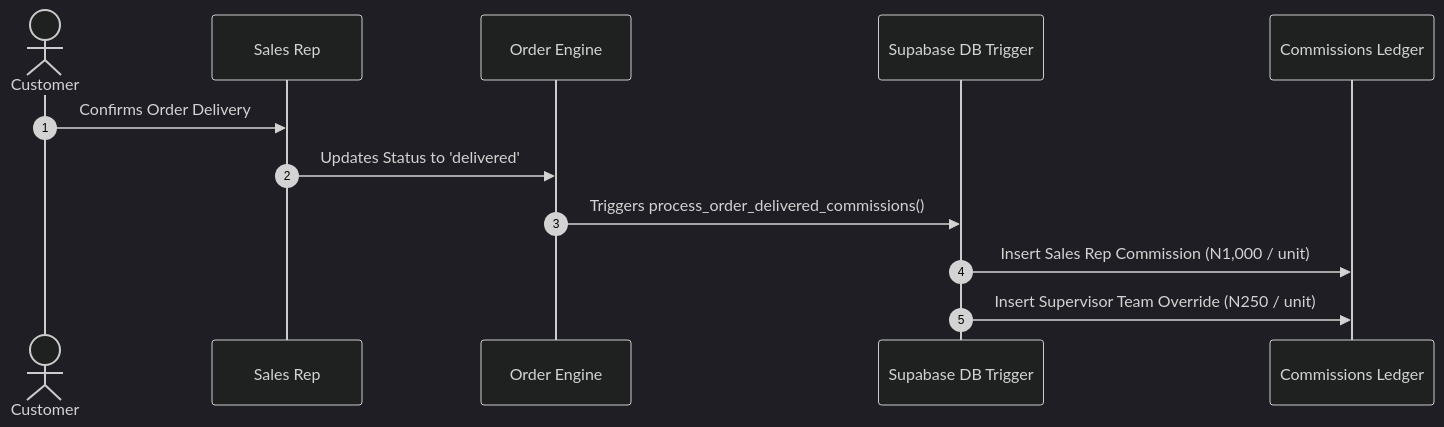
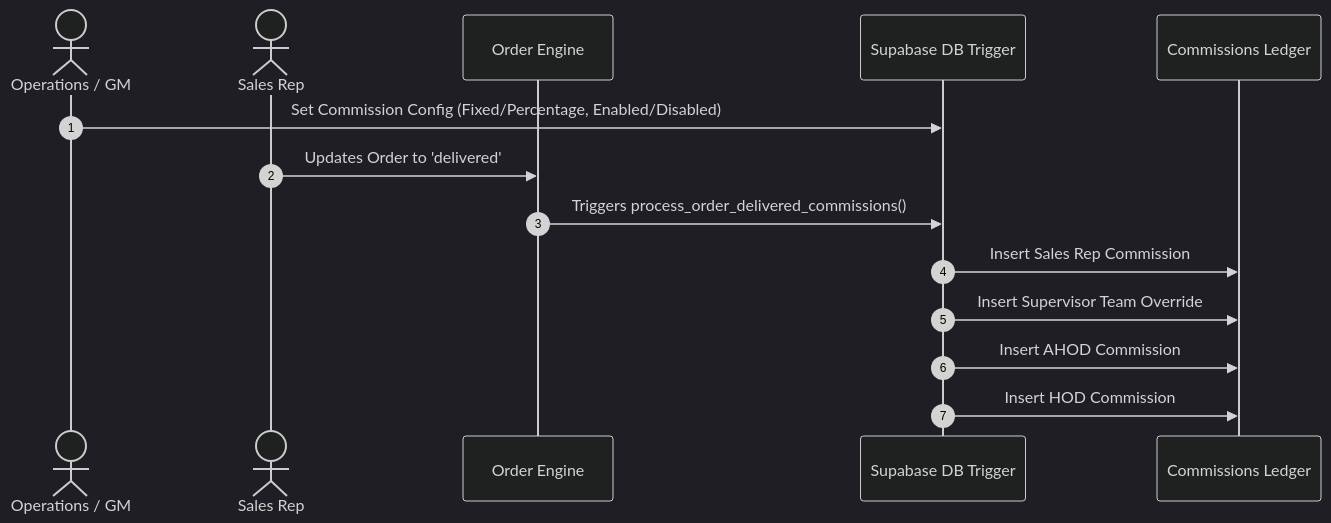
The second of 3 diagrams in Documentation/PROJECT_CONTEXT_HIGHLIGHTS.md (odufu/NovaSuit), drawn with Mermaid (dark theme) before and after one commit. The commit also changed other lines of this file and 1 other file, not shown here.

Commit message:
docs: update context handoff document with multi-tier commission engine and call rep financial isolation

````diff
--- a/Documentation/PROJECT_CONTEXT_HIGHLIGHTS.md
+++ b/Documentation/PROJECT_CONTEXT_HIGHLIGHTS.md
@@ -51,15 +58,17 @@
 ```mermaid
 sequenceDiagram
     autonumber
-    actor Customer
-    participant Rep as Sales Rep
+    actor Operations as Operations / GM
+    actor Rep as Sales Rep
     participant Order as Order Engine
     participant DB as Supabase DB Trigger
     participant Ledger as Commissions Ledger
 
-    Customer->>Rep: Confirms Order Delivery
-    Rep->>Order: Updates Status to 'delivered'
+    Operations->>DB: Set Commission Config (Fixed/Percentage, Enabled/Disabled)
+    Rep->>Order: Updates Order to 'delivered'
     Order->>DB: Triggers process_order_delivered_commissions()
-    DB->>Ledger: Insert Sales Rep Commission (N1,000 / unit)
-    DB->>Ledger: Insert Supervisor Team Override (N250 / unit)
+    DB->>Ledger: Insert Sales Rep Commission
+    DB->>Ledger: Insert Supervisor Team Override
+    DB->>Ledger: Insert AHOD Commission
+    DB->>Ledger: Insert HOD Commission
 ```
````
